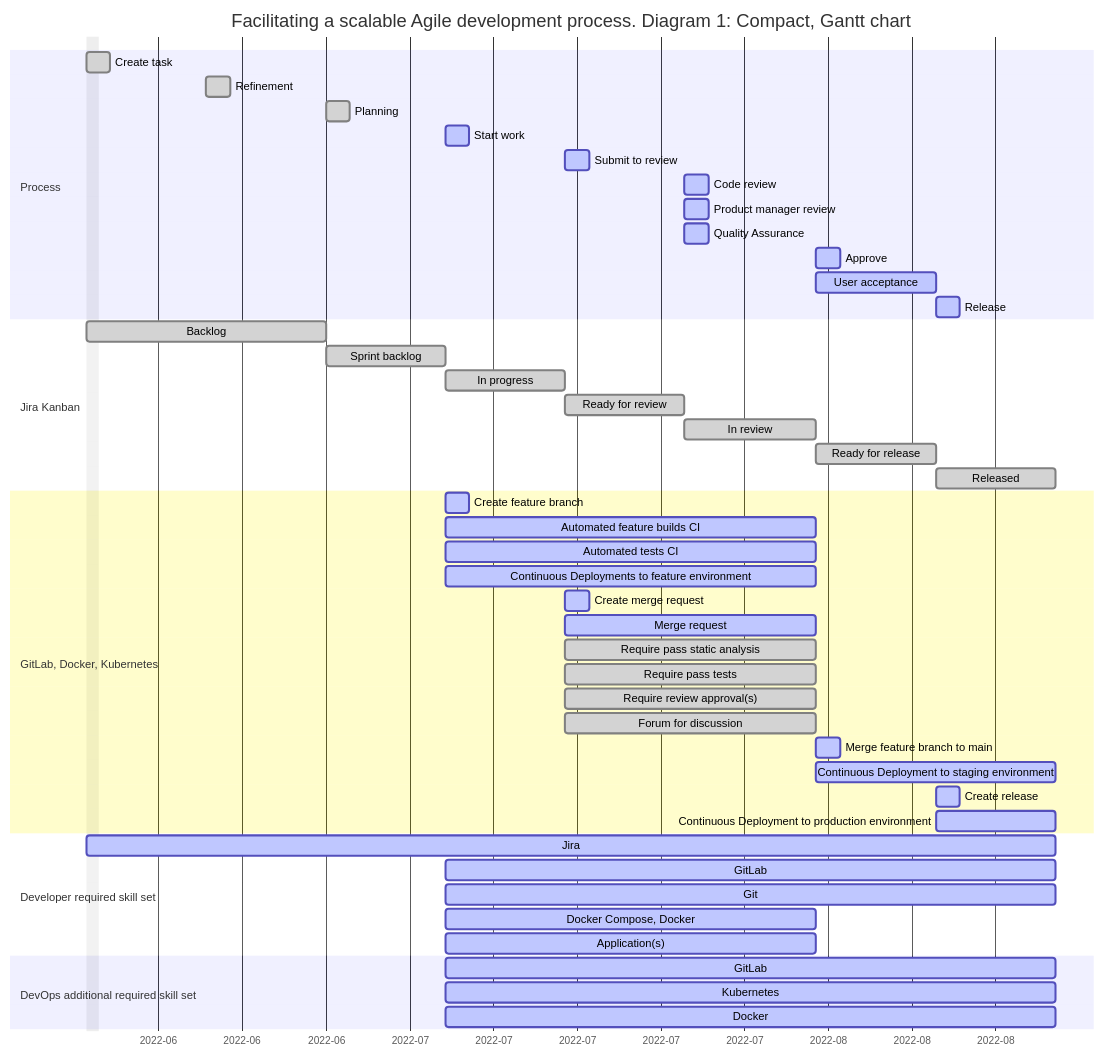
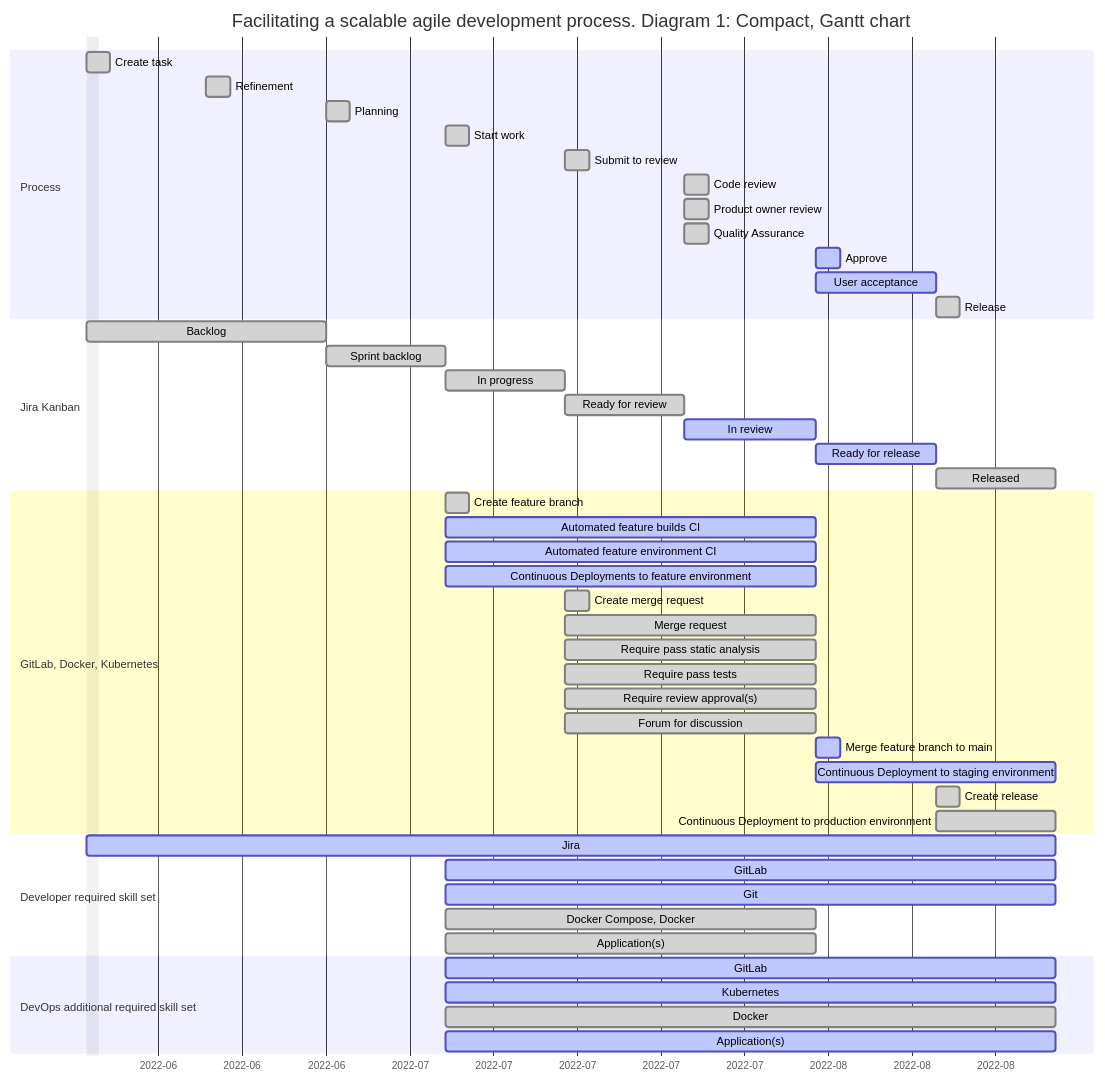
One commit to aumbadgah/agile changed the first of 2 diagrams in facilitating-a-scalable-Agile-development-process.md. Above: the diagram before and after it, drawn with Mermaid. The commit also changed other lines of this file, not shown here.

Commit message:
Remove capitalisation from Agile

````diff
--- a/facilitating-a-scalable-Agile-development-process.md
+++ b/facilitating-a-scalable-Agile-development-process.md
@@ -43,57 +42,58 @@
 ```mermaid
 gantt
 dateFormat YYYY-MM-DD
 axisFormat %Y-%m
-title Facilitating a scalable Agile development process. Diagram 1: Compact, Gantt chart
+title Facilitating a scalable agile development process. Diagram 1: Compact, Gantt chart
 excludes weekdays 2022-06-06
 
 section Process
 Create task :done, des1, 2022-06-06, 2d
 Refinement :done, des1, 2022-06-16, 2d
 Planning :done, des1, 2022-06-26, 2d
-Start work :active, des1, 2022-07-06, 2d
-Submit to review :active, des1, 2022-07-16, 2d
-Code review :active, des1, 2022-07-26, 2d
-Product manager review :active, des1, 2022-07-26, 2d
-Quality Assurance :active, des1, 2022-07-26, 2d
+Start work :done, des1, 2022-07-06, 2d
+Submit to review :done, des1, 2022-07-16, 2d
+Code review :done, des1, 2022-07-26, 2d
+Product owner review :done, des1, 2022-07-26, 2d
+Quality Assurance :done, des1, 2022-07-26, 2d
 Approve :active, des1, 2022-08-06, 2d
 User acceptance :active, des1, 2022-08-06, 2022-08-16
-Release :active, des1, 2022-08-16, 2d
+Release :done, des1, 2022-08-16, 2d
 
 section Jira Kanban
 Backlog :done, des1, 2022-06-06, 2022-06-26
 Sprint backlog :done, des2, after des1, 2022-07-06
 In progress :done, des3, after des2, 2022-07-16
 Ready for review :done, des4, after des3, 2022-07-26
-In review :done, des5, after des4, 2022-08-06
-Ready for release :done, des6, after des5, 2022-08-16
+In review :active, des5, after des4, 2022-08-06
+Ready for release :active, des6, after des5, 2022-08-16
 Released :done, des7, after des6, 2022-08-26
 
 section GitLab, Docker, Kubernetes
-Create feature branch :active, des7, 2022-07-06, 2d
+Create feature branch :done, des7, 2022-07-06, 2d
 Automated feature builds CI :active, des7, 2022-07-06, 2022-08-06
-Automated tests CI :active, des7, 2022-07-06, 2022-08-06
+Automated feature environment CI :active, des7, 2022-07-06, 2022-08-06
 Continuous Deployments to feature environment :active, des7, 2022-07-06, 2022-08-06
-Create merge request :active, des7, 2022-07-16, 2d
-Merge request :active, des7, 2022-07-16, 2022-08-06
+Create merge request :done, des7, 2022-07-16, 2d
+Merge request :done, des7, 2022-07-16, 2022-08-06
 Require pass static analysis :done, des7, 2022-07-16, 2022-08-06
 Require pass tests :done, des7, 2022-07-16, 2022-08-06
 Require review approval(s) :done, des7, 2022-07-16, 2022-08-06
 Forum for discussion :done, des7, 2022-07-16, 2022-08-06
 Merge feature branch to main :active, des8, after des7, 2d
 Continuous Deployment to staging environment :active, des8, after des7, 2022-08-26
-Create release :active, des9, 2022-08-16, 2d
-Continuous Deployment to production environment :active, des9, 2022-08-16, 2022-08-26
+Create release :done, des9, 2022-08-16, 2d
+Continuous Deployment to production environment :done, des9, 2022-08-16, 2022-08-26
 
 section Developer required skill set
 Jira :active, des10, 2022-06-06, 2022-08-26
 GitLab :active, des10, 2022-07-06, 2022-08-26
 Git :active, des10, 2022-07-06, 2022-08-26
-Docker Compose, Docker :active, des10, 2022-07-06, 2022-08-06
-Application(s) :active, des10, 2022-07-06, 2022-08-06
+Docker Compose, Docker :done, des10, 2022-07-06, 2022-08-06
+Application(s) :done, des10, 2022-07-06, 2022-08-06
 
 section DevOps additional required skill set
 GitLab :active, des10, 2022-07-06, 2022-08-26
 Kubernetes :active, des10, 2022-07-06, 2022-08-26
-Docker :active, des10, 2022-07-06, 2022-08-26
+Docker :done, des10, 2022-07-06, 2022-08-26
+Application(s) :active, des10, 2022-07-06, 2022-08-26
 ```
````
